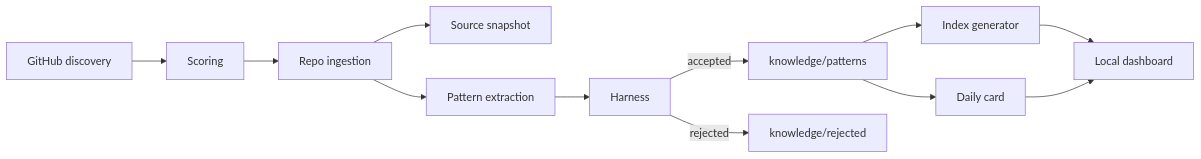
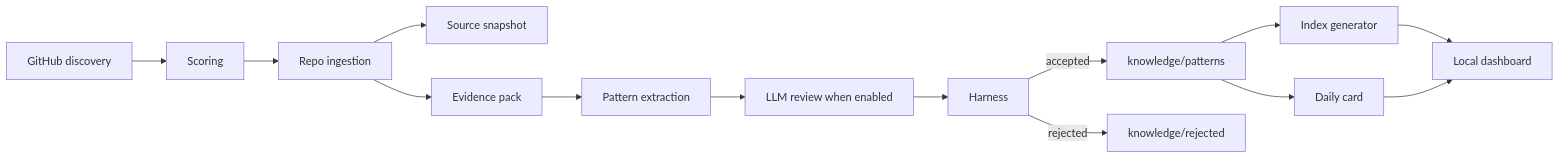
The diagram in docs/architecture.md (libenxier-beep/github-pattern-knowledge), drawn with Mermaid before and after one commit. The commit also changed other lines of this file and 14 other files, not shown here.

Commit message:
Add LLM extraction and review pipeline

````diff
--- a/docs/architecture.md
+++ b/docs/architecture.md
@@ -19,14 +19,16 @@
 ```mermaid
 flowchart LR
   A["GitHub discovery"] --> B["Scoring"]
   B --> C["Repo ingestion"]
   C --> D["Source snapshot"]
-  C --> E["Pattern extraction"]
-  E --> F["Harness"]
-  F -->|accepted| G["knowledge/patterns"]
-  F -->|rejected| H["knowledge/rejected"]
-  G --> I["Index generator"]
-  G --> J["Daily card"]
-  I --> K["Local dashboard"]
-  J --> K
+  C --> E["Evidence pack"]
+  E --> F["Pattern extraction"]
+  F --> G["LLM review when enabled"]
+  G --> H["Harness"]
+  H -->|accepted| I["knowledge/patterns"]
+  H -->|rejected| J["knowledge/rejected"]
+  I --> K["Index generator"]
+  I --> L["Daily card"]
+  K --> M["Local dashboard"]
+  L --> M
 ```
````
